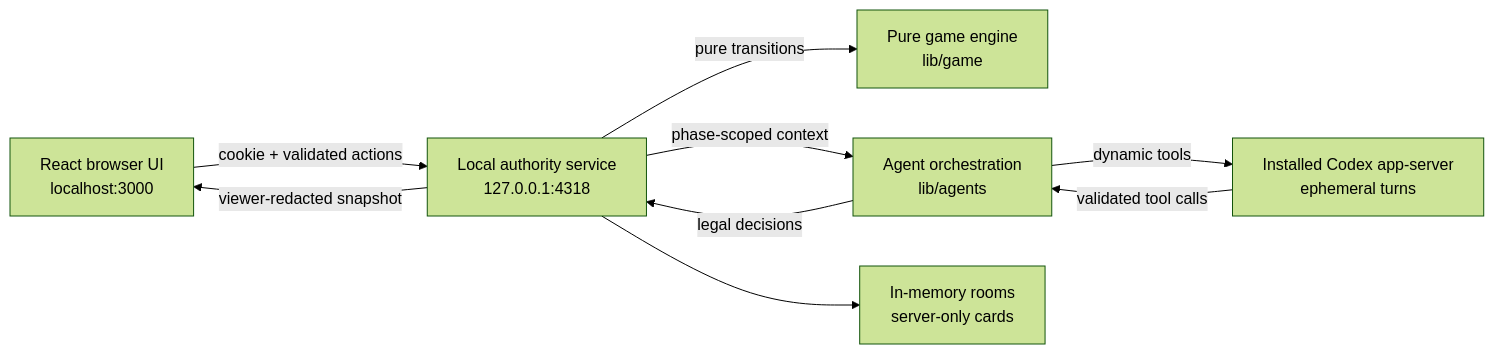
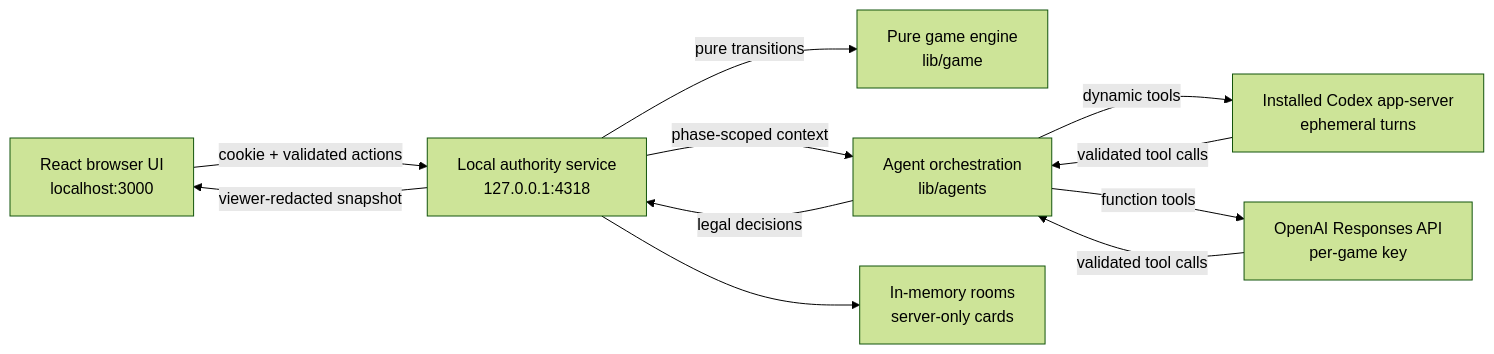
The first of 2 diagrams in docs/architecture.md (erickoch3/one-night-llm), drawn with Mermaid (forest theme) before and after one commit. The commit also changed other lines of this file and 19 other files, not shown here.

First line of the commit message:
Add OpenAI agents and anonymize project defaults (#2)

````diff
--- a/docs/architecture.md
+++ b/docs/architecture.md
@@ -8,18 +8,21 @@
 ```mermaid
 flowchart LR
     UI["React browser UI\nlocalhost:3000"]
     API["Local authority service\n127.0.0.1:4318"]
     Engine["Pure game engine\nlib/game"]
     Agents["Agent orchestration\nlib/agents"]
     Codex["Installed Codex app-server\nephemeral turns"]
+    OpenAI["OpenAI Responses API\nper-game key"]
     Store["In-memory rooms\nserver-only cards"]
 
     UI -->|"cookie + validated actions"| API
     API -->|"pure transitions"| Engine
     API --> Store
     API -->|"phase-scoped context"| Agents
     Agents -->|"dynamic tools"| Codex
     Codex -->|"validated tool calls"| Agents
+    Agents -->|"function tools"| OpenAI
+    OpenAI -->|"validated tool calls"| Agents
     Agents -->|"legal decisions"| API
     API -->|"viewer-redacted snapshot"| UI
 ```
````
